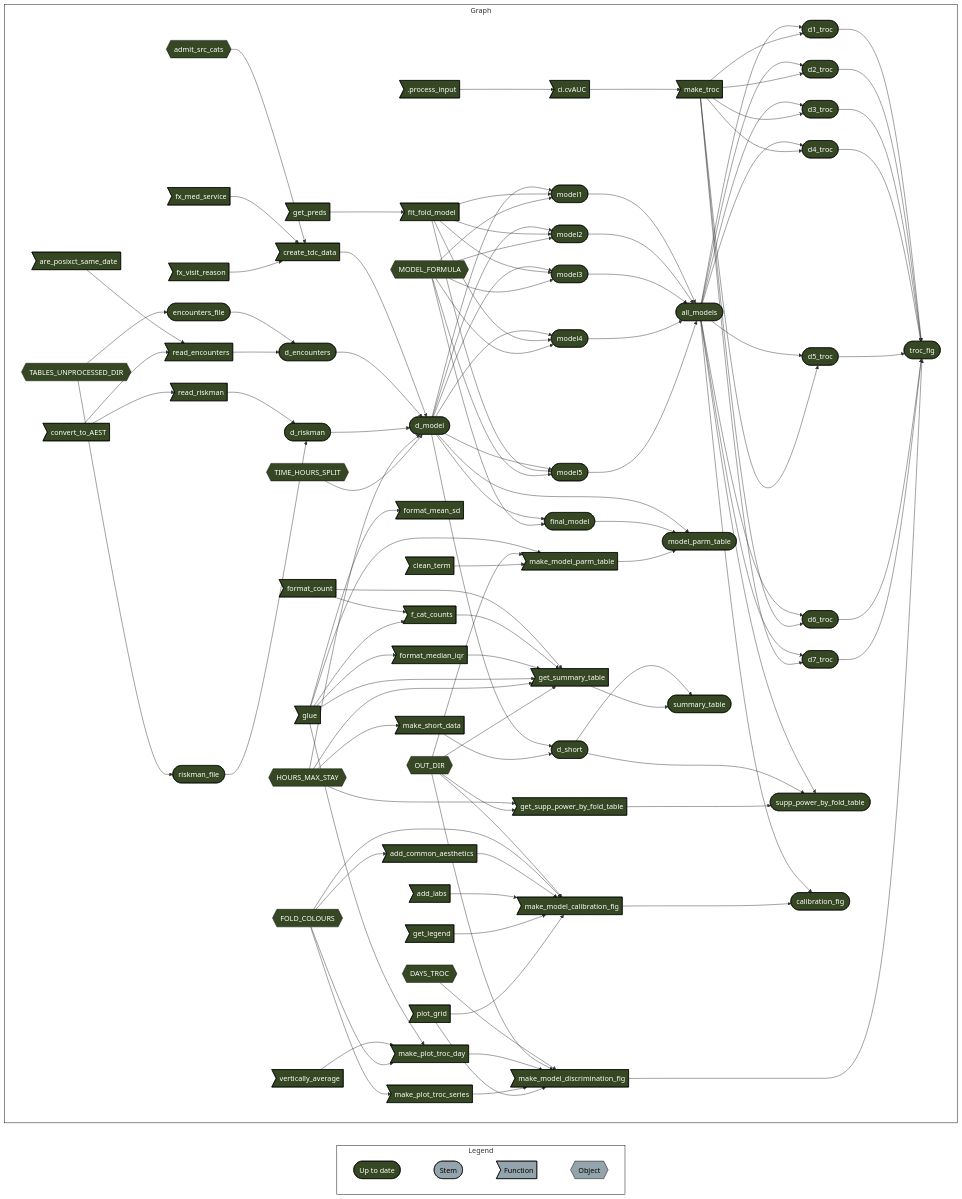
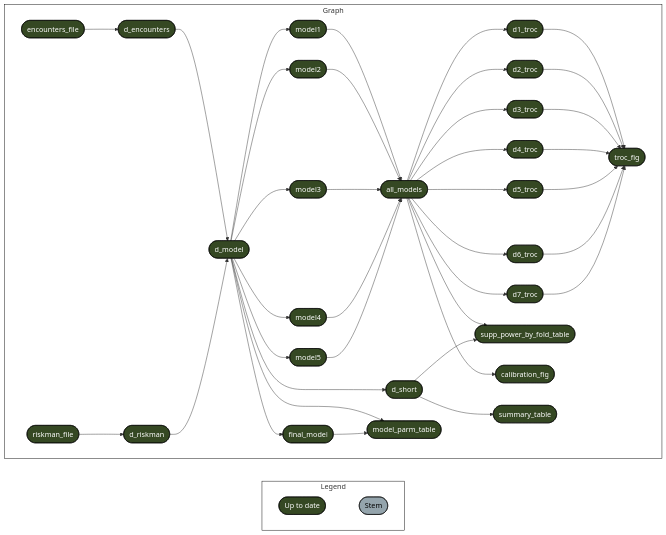
The diagram in README.md (RWParsons/inpatient-falls-cox-cpm), drawn with Mermaid before and after one commit. The commit also changed other lines of this file and 3 other files, not shown here.

````diff
--- a/README.md
+++ b/README.md
@@ -25,56 +23,11 @@
   subgraph Legend
     direction LR
     x7420bd9270f8d27d([""Up to date""]):::uptodate --- xbf4603d6c2c2ad6b([""Stem""]):::none
-    xbf4603d6c2c2ad6b([""Stem""]):::none --- xf0bce276fe2b9d3e>""Function""]:::none
-    xf0bce276fe2b9d3e>""Function""]:::none --- x5bffbffeae195fc9{{""Object""}}:::none
   end
   subgraph Graph
     direction LR
-    xa9a3ee3e11185e67>"get_preds"]:::uptodate --> x296cdfc3d1941233>"fit_fold_model"]:::uptodate
-    xe853dbcd133510d7>"are_posixct_same_date"]:::uptodate --> x723dadbf985474f2>"read_encounters"]:::uptodate
-    xe9ba99dbaa24528e>"convert_to_AEST"]:::uptodate --> x723dadbf985474f2>"read_encounters"]:::uptodate
-    xe9ba99dbaa24528e>"convert_to_AEST"]:::uptodate --> x355f5cca566523d6>"read_riskman"]:::uptodate
-    x56ec5ac9b4f87731{{"DAYS_TROC"}}:::uptodate --> x1e240d4899a84f4c>"make_model_discrimination_fig"]:::uptodate
-    x5af34ad55be2e9ea>"ci.cvAUC"]:::uptodate --> x3ac0f17931558fff>"make_troc"]:::uptodate
-    xf27e08346a43f132>"format_count"]:::uptodate --> xa6b015c244aafeed>"f_cat_counts"]:::uptodate
-    xf27e08346a43f132>"format_count"]:::uptodate --> x4ccffcd8da785b0b>"get_summary_table"]:::uptodate
-    xa6b015c244aafeed>"f_cat_counts"]:::uptodate --> x4ccffcd8da785b0b>"get_summary_table"]:::uptodate
-    x71f623d4a19c1436>"format_median_iqr"]:::uptodate --> x4ccffcd8da785b0b>"get_summary_table"]:::uptodate
-    x56d4a21aaca65ce7>"glue"]:::uptodate --> xa6b015c244aafeed>"f_cat_counts"]:::uptodate
-    x56d4a21aaca65ce7>"glue"]:::uptodate --> x71f623d4a19c1436>"format_median_iqr"]:::uptodate
-    x56d4a21aaca65ce7>"glue"]:::uptodate --> x4ccffcd8da785b0b>"get_summary_table"]:::uptodate
-    x56d4a21aaca65ce7>"glue"]:::uptodate --> x17e7c779f95d0f59>"make_model_parm_table"]:::uptodate
-    x56d4a21aaca65ce7>"glue"]:::uptodate --> xf92c4cd31034b88b>"format_mean_sd"]:::uptodate
-    x56d4a21aaca65ce7>"glue"]:::uptodate --> x421dd75e22d8b950>"make_plot_troc_day"]:::uptodate
-    x96474a07197d4910{{"HOURS_MAX_STAY"}}:::uptodate --> x4ccffcd8da785b0b>"get_summary_table"]:::uptodate
-    x96474a07197d4910{{"HOURS_MAX_STAY"}}:::uptodate --> x22389ea4c076662f>"make_short_data"]:::uptodate
-    x96474a07197d4910{{"HOURS_MAX_STAY"}}:::uptodate --> x4c24ff84318b0ad9>"get_supp_power_by_fold_table"]:::uptodate
-    xd3fa8fb2bf5a1024{{"OUT_DIR"}}:::uptodate --> x4ccffcd8da785b0b>"get_summary_table"]:::uptodate
-    xd3fa8fb2bf5a1024{{"OUT_DIR"}}:::uptodate --> x17e7c779f95d0f59>"make_model_parm_table"]:::uptodate
-    xd3fa8fb2bf5a1024{{"OUT_DIR"}}:::uptodate --> x4c24ff84318b0ad9>"get_supp_power_by_fold_table"]:::uptodate
-    xd3fa8fb2bf5a1024{{"OUT_DIR"}}:::uptodate --> x1e240d4899a84f4c>"make_model_discrimination_fig"]:::uptodate
-    xd3fa8fb2bf5a1024{{"OUT_DIR"}}:::uptodate --> x4998dd746a28d85e>"make_model_calibration_fig"]:::uptodate
-    x1a38c3749e90bd5f>"vertically_average"]:::uptodate --> x421dd75e22d8b950>"make_plot_troc_day"]:::uptodate
-    x5f4ade556e7fc80f{{"admit_src_cats"}}:::uptodate --> x75fec8118db5f4d8>"create_tdc_data"]:::uptodate
-    x7c285ec69664332e{{"FOLD_COLOURS"}}:::uptodate --> xaf5bb1322b7305a2>"add_common_aesthetics"]:::uptodate
-    x7c285ec69664332e{{"FOLD_COLOURS"}}:::uptodate --> x421dd75e22d8b950>"make_plot_troc_day"]:::uptodate
-    x7c285ec69664332e{{"FOLD_COLOURS"}}:::uptodate --> x8f27808434c75b21>"make_plot_troc_series"]:::uptodate
-    x7c285ec69664332e{{"FOLD_COLOURS"}}:::uptodate --> x4998dd746a28d85e>"make_model_calibration_fig"]:::uptodate
-    xaf5bb1322b7305a2>"add_common_aesthetics"]:::uptodate --> x4998dd746a28d85e>"make_model_calibration_fig"]:::uptodate
-    x14adf92c1336e403>"add_labs"]:::uptodate --> x4998dd746a28d85e>"make_model_calibration_fig"]:::uptodate
-    xdd550c49fb62f13b>"get_legend"]:::uptodate --> x4998dd746a28d85e>"make_model_calibration_fig"]:::uptodate
-    x372b9bfa29986718>"clean_term"]:::uptodate --> x17e7c779f95d0f59>"make_model_parm_table"]:::uptodate
-    x4a3155bdeeea93a6>"fx_med_service"]:::uptodate --> x75fec8118db5f4d8>"create_tdc_data"]:::uptodate
-    xaf4efc5e595880e3>"fx_visit_reason"]:::uptodate --> x75fec8118db5f4d8>"create_tdc_data"]:::uptodate
-    x85b41015bd495201>".process_input"]:::uptodate --> x5af34ad55be2e9ea>"ci.cvAUC"]:::uptodate
-    x421dd75e22d8b950>"make_plot_troc_day"]:::uptodate --> x1e240d4899a84f4c>"make_model_discrimination_fig"]:::uptodate
-    x8f27808434c75b21>"make_plot_troc_series"]:::uptodate --> x1e240d4899a84f4c>"make_model_discrimination_fig"]:::uptodate
-    x86470561d1ddc979>"plot_grid"]:::uptodate --> x1e240d4899a84f4c>"make_model_discrimination_fig"]:::uptodate
-    x86470561d1ddc979>"plot_grid"]:::uptodate --> x4998dd746a28d85e>"make_model_calibration_fig"]:::uptodate
     x8dc0e18ff5b3fdf7(["all_models"]):::uptodate --> x92c0d301eeea4f95(["d4_troc"]):::uptodate
-    x3ac0f17931558fff>"make_troc"]:::uptodate --> x92c0d301eeea4f95(["d4_troc"]):::uptodate
     x8dc0e18ff5b3fdf7(["all_models"]):::uptodate --> x9ec4baf90535335d(["d2_troc"]):::uptodate
-    x3ac0f17931558fff>"make_troc"]:::uptodate --> x9ec4baf90535335d(["d2_troc"]):::uptodate
     xbca55599905c9c6c(["d1_troc"]):::uptodate --> xbadf59f9a16e23fc(["troc_fig"]):::uptodate
     x9ec4baf90535335d(["d2_troc"]):::uptodate --> xbadf59f9a16e23fc(["troc_fig"]):::uptodate
     xe26da167b52d4175(["d3_troc"]):::uptodate --> xbadf59f9a16e23fc(["troc_fig"]):::uptodate
@@ -82,66 +35,35 @@
     x1e692c728c4f7b14(["d5_troc"]):::uptodate --> xbadf59f9a16e23fc(["troc_fig"]):::uptodate
     x9496f548bb7f57d8(["d6_troc"]):::uptodate --> xbadf59f9a16e23fc(["troc_fig"]):::uptodate
     x25d06eeab21bb9c8(["d7_troc"]):::uptodate --> xbadf59f9a16e23fc(["troc_fig"]):::uptodate
-    x1e240d4899a84f4c>"make_model_discrimination_fig"]:::uptodate --> xbadf59f9a16e23fc(["troc_fig"]):::uptodate
-    xef0b60ad56727278{{"TABLES_UNPROCESSED_DIR"}}:::uptodate --> x84d605f17cfb51f9(["riskman_file"]):::uptodate
     x410f3723151d7c77(["d_model"]):::uptodate --> x99094ad9087961f2(["d_short"]):::uptodate
-    x22389ea4c076662f>"make_short_data"]:::uptodate --> x99094ad9087961f2(["d_short"]):::uptodate
-    x75fec8118db5f4d8>"create_tdc_data"]:::uptodate --> x410f3723151d7c77(["d_model"]):::uptodate
     xb92a39614cb3cce2(["d_encounters"]):::uptodate --> x410f3723151d7c77(["d_model"]):::uptodate
     x369cbdb02280ce64(["d_riskman"]):::uptodate --> x410f3723151d7c77(["d_model"]):::uptodate
-    x96474a07197d4910{{"HOURS_MAX_STAY"}}:::uptodate --> x410f3723151d7c77(["d_model"]):::uptodate
-    x264ad50b1a55d55f{{"TIME_HOURS_SPLIT"}}:::uptodate --> x410f3723151d7c77(["d_model"]):::uptodate
     x410f3723151d7c77(["d_model"]):::uptodate --> x32251c137f2dc541(["final_model"]):::uptodate
-    x5bb4981355281955{{"MODEL_FORMULA"}}:::uptodate --> x32251c137f2dc541(["final_model"]):::uptodate
     x8dc0e18ff5b3fdf7(["all_models"]):::uptodate --> x25d06eeab21bb9c8(["d7_troc"]):::uptodate
-    x3ac0f17931558fff>"make_troc"]:::uptodate --> x25d06eeab21bb9c8(["d7_troc"]):::uptodate
-    x355f5cca566523d6>"read_riskman"]:::uptodate --> x369cbdb02280ce64(["d_riskman"]):::uptodate
     x84d605f17cfb51f9(["riskman_file"]):::uptodate --> x369cbdb02280ce64(["d_riskman"]):::uptodate
     x8dc0e18ff5b3fdf7(["all_models"]):::uptodate --> x1e692c728c4f7b14(["d5_troc"]):::uptodate
-    x3ac0f17931558fff>"make_troc"]:::uptodate --> x1e692c728c4f7b14(["d5_troc"]):::uptodate
     x8604922d3fc9ec25(["encounters_file"]):::uptodate --> xb92a39614cb3cce2(["d_encounters"]):::uptodate
-    x723dadbf985474f2>"read_encounters"]:::uptodate --> xb92a39614cb3cce2(["d_encounters"]):::uptodate
     x8dc0e18ff5b3fdf7(["all_models"]):::uptodate --> x2239b573fef89b84(["supp_power_by_fold_table"]):::uptodate
     x99094ad9087961f2(["d_short"]):::uptodate --> x2239b573fef89b84(["supp_power_by_fold_table"]):::uptodate
-    x4c24ff84318b0ad9>"get_supp_power_by_fold_table"]:::uptodate --> x2239b573fef89b84(["supp_power_by_fold_table"]):::uptodate
     x8dc0e18ff5b3fdf7(["all_models"]):::uptodate --> xe26da167b52d4175(["d3_troc"]):::uptodate
-    x3ac0f17931558fff>"make_troc"]:::uptodate --> xe26da167b52d4175(["d3_troc"]):::uptodate
     x8dc0e18ff5b3fdf7(["all_models"]):::uptodate --> xbca55599905c9c6c(["d1_troc"]):::uptodate
-    x3ac0f17931558fff>"make_troc"]:::uptodate --> xbca55599905c9c6c(["d1_troc"]):::uptodate
-    xef0b60ad56727278{{"TABLES_UNPROCESSED_DIR"}}:::uptodate --> x8604922d3fc9ec25(["encounters_file"]):::uptodate
     x410f3723151d7c77(["d_model"]):::uptodate --> xc9b7966fd0144a42(["model_parm_table"]):::uptodate
     x32251c137f2dc541(["final_model"]):::uptodate --> xc9b7966fd0144a42(["model_parm_table"]):::uptodate
-    x17e7c779f95d0f59>"make_model_parm_table"]:::uptodate --> xc9b7966fd0144a42(["model_parm_table"]):::uptodate
     x8dc0e18ff5b3fdf7(["all_models"]):::uptodate --> x9407c770afced25b(["calibration_fig"]):::uptodate
-    x4998dd746a28d85e>"make_model_calibration_fig"]:::uptodate --> x9407c770afced25b(["calibration_fig"]):::uptodate
     x410f3723151d7c77(["d_model"]):::uptodate --> xd2415809dfccb1c9(["model1"]):::uptodate
-    x296cdfc3d1941233>"fit_fold_model"]:::uptodate --> xd2415809dfccb1c9(["model1"]):::uptodate
-    x5bb4981355281955{{"MODEL_FORMULA"}}:::uptodate --> xd2415809dfccb1c9(["model1"]):::uptodate
     x410f3723151d7c77(["d_model"]):::uptodate --> x5e90f77e4394a7c0(["model2"]):::uptodate
-    x296cdfc3d1941233>"fit_fold_model"]:::uptodate --> x5e90f77e4394a7c0(["model2"]):::uptodate
-    x5bb4981355281955{{"MODEL_FORMULA"}}:::uptodate --> x5e90f77e4394a7c0(["model2"]):::uptodate
     xd2415809dfccb1c9(["model1"]):::uptodate --> x8dc0e18ff5b3fdf7(["all_models"]):::uptodate
     x5e90f77e4394a7c0(["model2"]):::uptodate --> x8dc0e18ff5b3fdf7(["all_models"]):::uptodate
     x96bfbf9f3568f6a2(["model3"]):::uptodate --> x8dc0e18ff5b3fdf7(["all_models"]):::uptodate
     xa99bffacae279007(["model4"]):::uptodate --> x8dc0e18ff5b3fdf7(["all_models"]):::uptodate
     x1b6f71dbf5bf036e(["model5"]):::uptodate --> x8dc0e18ff5b3fdf7(["all_models"]):::uptodate
     x410f3723151d7c77(["d_model"]):::uptodate --> x96bfbf9f3568f6a2(["model3"]):::uptodate
-    x296cdfc3d1941233>"fit_fold_model"]:::uptodate --> x96bfbf9f3568f6a2(["model3"]):::uptodate
-    x5bb4981355281955{{"MODEL_FORMULA"}}:::uptodate --> x96bfbf9f3568f6a2(["model3"]):::uptodate
     x410f3723151d7c77(["d_model"]):::uptodate --> xa99bffacae279007(["model4"]):::uptodate
-    x296cdfc3d1941233>"fit_fold_model"]:::uptodate --> xa99bffacae279007(["model4"]):::uptodate
-    x5bb4981355281955{{"MODEL_FORMULA"}}:::uptodate --> xa99bffacae279007(["model4"]):::uptodate
     x8dc0e18ff5b3fdf7(["all_models"]):::uptodate --> x9496f548bb7f57d8(["d6_troc"]):::uptodate
-    x3ac0f17931558fff>"make_troc"]:::uptodate --> x9496f548bb7f57d8(["d6_troc"]):::uptodate
     x410f3723151d7c77(["d_model"]):::uptodate --> x1b6f71dbf5bf036e(["model5"]):::uptodate
-    x296cdfc3d1941233>"fit_fold_model"]:::uptodate --> x1b6f71dbf5bf036e(["model5"]):::uptodate
-    x5bb4981355281955{{"MODEL_FORMULA"}}:::uptodate --> x1b6f71dbf5bf036e(["model5"]):::uptodate
     x99094ad9087961f2(["d_short"]):::uptodate --> x1aa14e4024bffa08(["summary_table"]):::uptodate
-    x4ccffcd8da785b0b>"get_summary_table"]:::uptodate --> x1aa14e4024bffa08(["summary_table"]):::uptodate
   end
   classDef uptodate stroke:#000000,color:#ffffff,fill:#354823;
   classDef none stroke:#000000,color:#000000,fill:#94a4ac;
   linkStyle 0 stroke-width:0px;
-  linkStyle 1 stroke-width:0px;
-  linkStyle 2 stroke-width:0px;
 ```
````
